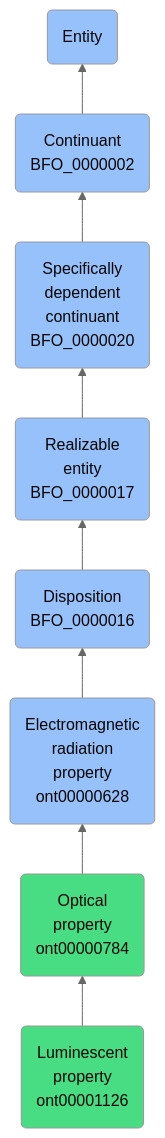
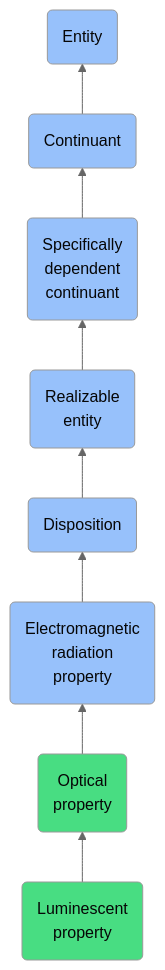
One commit to jupyter-naas/abi changed the diagram in docs/ontology/reference/model/Entity/Continuant/Specifically dependent continuant/Realizable entity/Disposition/Electromagnetic radiation property/Optical property/Luminescent property/Luminescent property.md. Above: the diagram before and after it, drawn with Mermaid (neutral theme). The commit also changed other lines of this file and 1430 other files, not shown here.

````diff
--- a/docs/ontology/reference/model/Entity/Continuant/Specifically dependent continuant/Realizable entity/Disposition/Electromagnetic radiation property/Optical property/Luminescent property/Luminescent property.md
+++ b/docs/ontology/reference/model/Entity/Continuant/Specifically dependent continuant/Realizable entity/Disposition/Electromagnetic radiation property/Optical property/Luminescent property/Luminescent property.md
@@ -24,15 +24,15 @@
 ```mermaid
 graph BT
-    ont00001126(Luminescent<br>property<br>ont00001126):::ABI-->ont00000784
-    ont00000784(Optical<br>property<br>ont00000784):::ABI-->ont00000628
-    ont00000628(Electromagnetic<br>radiation<br>property<br>ont00000628):::BFO-->BFO_0000016
-    BFO_0000016(Disposition<br>BFO_0000016):::BFO-->BFO_0000017
-    BFO_0000017(Realizable<br>entity<br>BFO_0000017):::BFO-->BFO_0000020
-    BFO_0000020(Specifically<br>dependent<br>continuant<br>BFO_0000020):::BFO-->BFO_0000002
-    BFO_0000002(Continuant<br>BFO_0000002):::BFO-->BFO_0000001
+    ont00001126(Luminescent<br>property):::ABI-->ont00000784
+    ont00000784(Optical<br>property):::ABI-->ont00000628
+    ont00000628(Electromagnetic<br>radiation<br>property):::BFO-->BFO_0000016
+    BFO_0000016(Disposition):::BFO-->BFO_0000017
+    BFO_0000017(Realizable<br>entity):::BFO-->BFO_0000020
+    BFO_0000020(Specifically<br>dependent<br>continuant):::BFO-->BFO_0000002
+    BFO_0000002(Continuant):::BFO-->BFO_0000001
     BFO_0000001(Entity):::BFO
     
     classDef BFO fill:#97c1fb,color:#060606
     classDef CCO fill:#e4c51e,color:#060606
     classDef ABI fill:#48DD82,color:#060606
 ```
````
